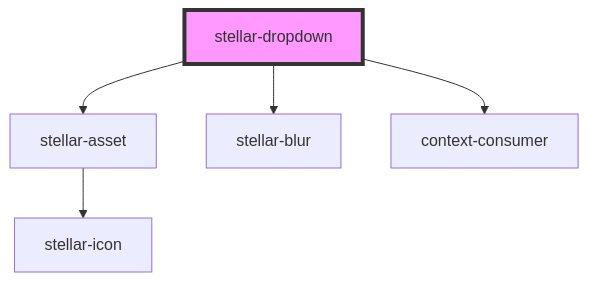
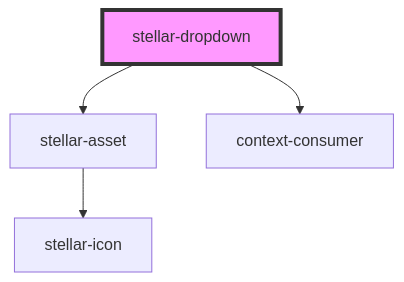
One commit to splitinfinities/Stellar changed the diagram in src/components/ui/dropdown/readme.md. Above: the diagram before and after it, drawn with Mermaid. The commit also changed other lines of this file and 2 other files, not shown here.

Commit message:
fix: adding readme's

````diff
--- a/src/components/ui/dropdown/readme.md
+++ b/src/components/ui/dropdown/readme.md
@@ -77,8 +76,7 @@
 ```mermaid
 graph TD;
   stellar-dropdown --> stellar-asset
-  stellar-dropdown --> stellar-blur
   stellar-dropdown --> context-consumer
   stellar-asset --> stellar-icon
   style stellar-dropdown fill:#f9f,stroke:#333,stroke-width:4px
 ```
````
